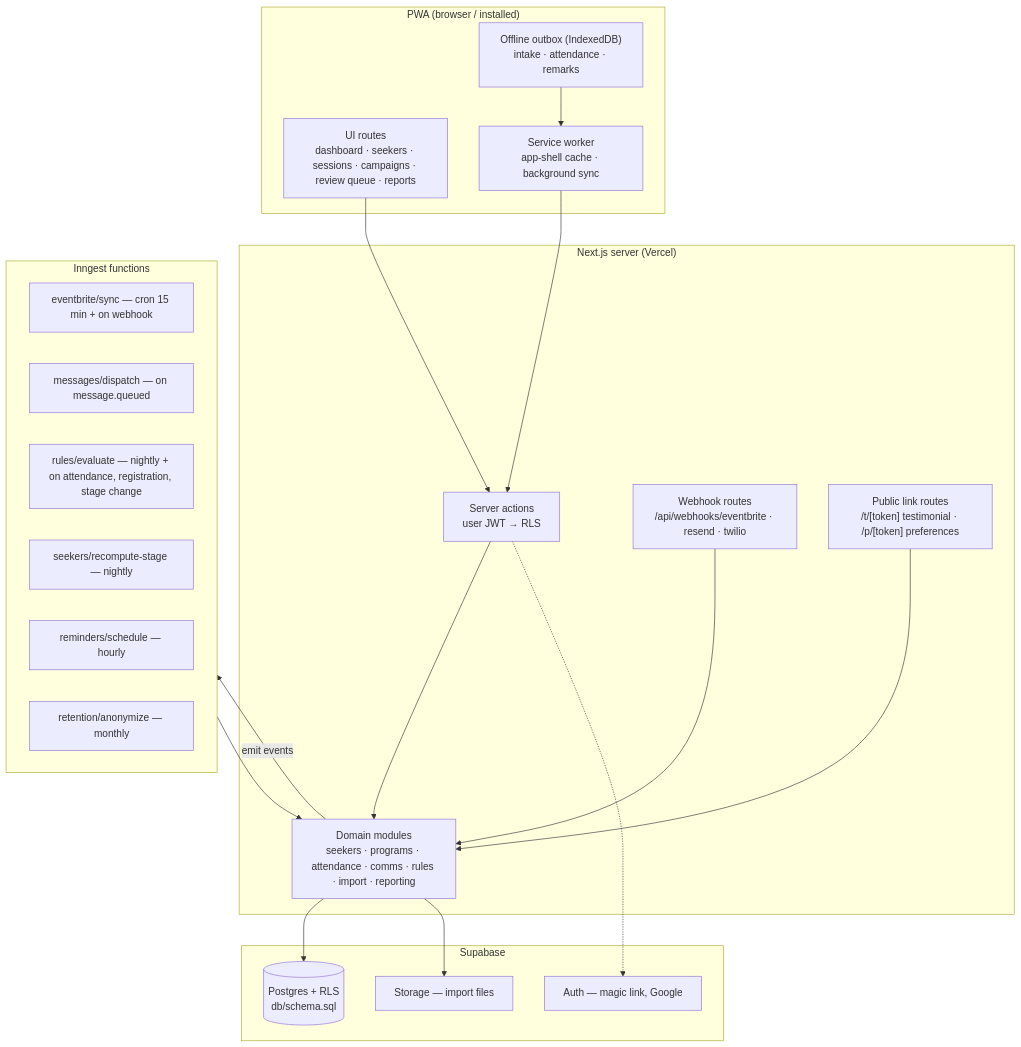
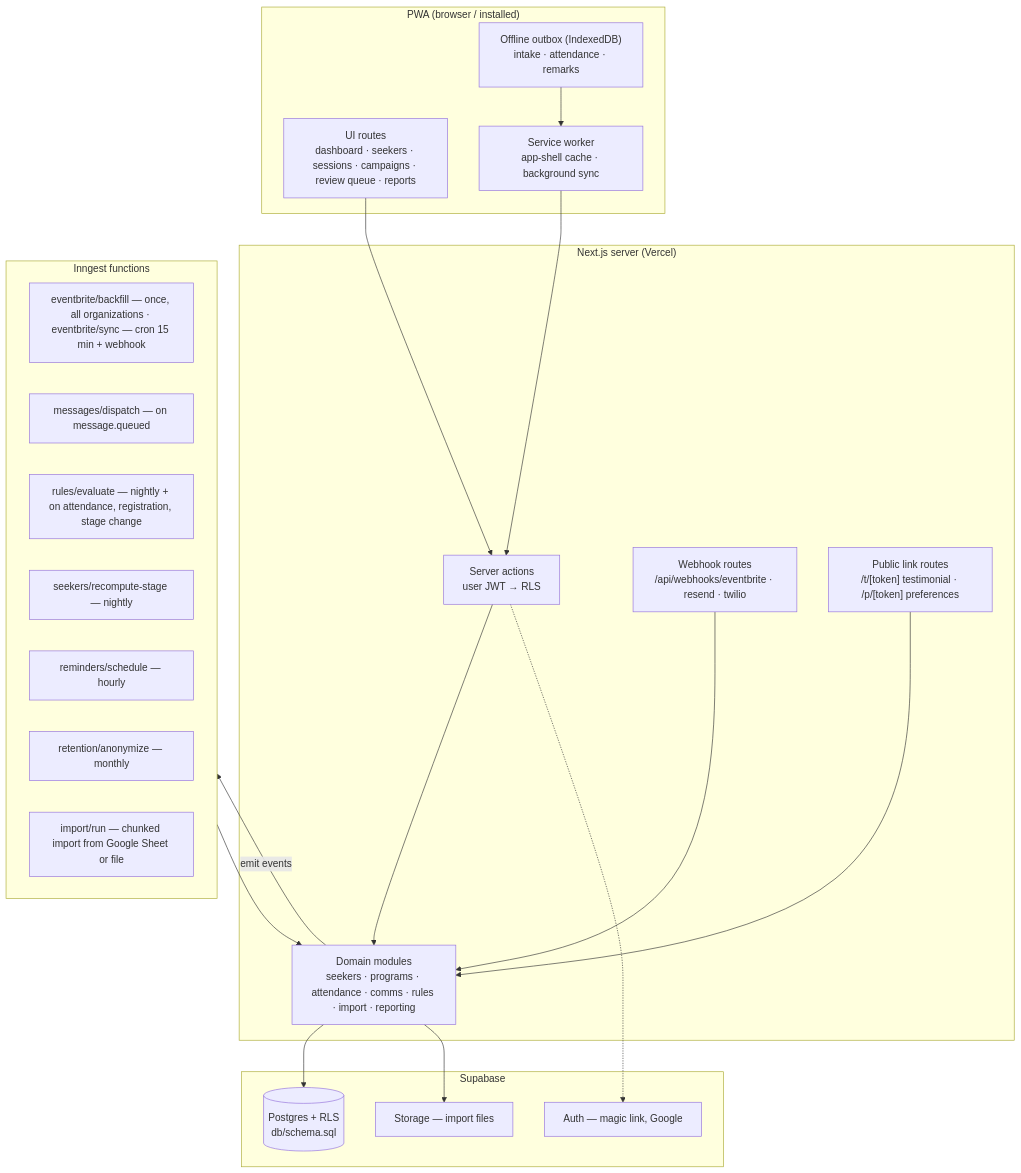
One commit to kgautam2103/seeker-management-portal changed the second of 4 diagrams in docs/ARCHITECTURE.md. Above: the diagram before and after it, drawn with Mermaid. The commit also changed other lines of this file and 6 other files, not shown here.

First line of the commit message:
Apply answers to all PRD open questions across docs and schema

````diff
--- a/docs/ARCHITECTURE.md
+++ b/docs/ARCHITECTURE.md
@@ -77,35 +78,36 @@
 ```mermaid
 flowchart TB
   subgraph Client["PWA (browser / installed)"]
     UI["UI routes<br/>dashboard · seekers · sessions · campaigns · review queue · reports"]
     SW["Service worker<br/>app-shell cache · background sync"]
     OB["Offline outbox (IndexedDB)<br/>intake · attendance · remarks"]
   end
   subgraph Server["Next.js server (Vercel)"]
     SA["Server actions<br/>user JWT → RLS"]
     WH["Webhook routes<br/>/api/webhooks/eventbrite · resend · twilio"]
     PL["Public link routes<br/>/t/[token] testimonial · /p/[token] preferences"]
     DM["Domain modules<br/>seekers · programs · attendance · comms · rules · import · reporting"]
   end
   subgraph Jobs["Inngest functions"]
-    J1["eventbrite/sync — cron 15 min + on webhook"]
+    J1["eventbrite/backfill — once, all organizations · eventbrite/sync — cron 15 min + webhook"]
     J2["messages/dispatch — on message.queued"]
     J3["rules/evaluate — nightly + on attendance, registration, stage change"]
     J4["seekers/recompute-stage — nightly"]
     J5["reminders/schedule — hourly"]
     J6["retention/anonymize — monthly"]
+    J7["import/run — chunked import from Google Sheet or file"]
   end
   subgraph Data["Supabase"]
     PG[("Postgres + RLS<br/>db/schema.sql")]
     AU["Auth — magic link, Google"]
     ST["Storage — import files"]
   end
   UI --> SA --> DM --> PG
   OB --> SW --> SA
   WH --> DM
   PL --> DM
   DM -- "emit events" --> Jobs
   Jobs --> DM
   SA -.-> AU
   DM --> ST
 ```
````
